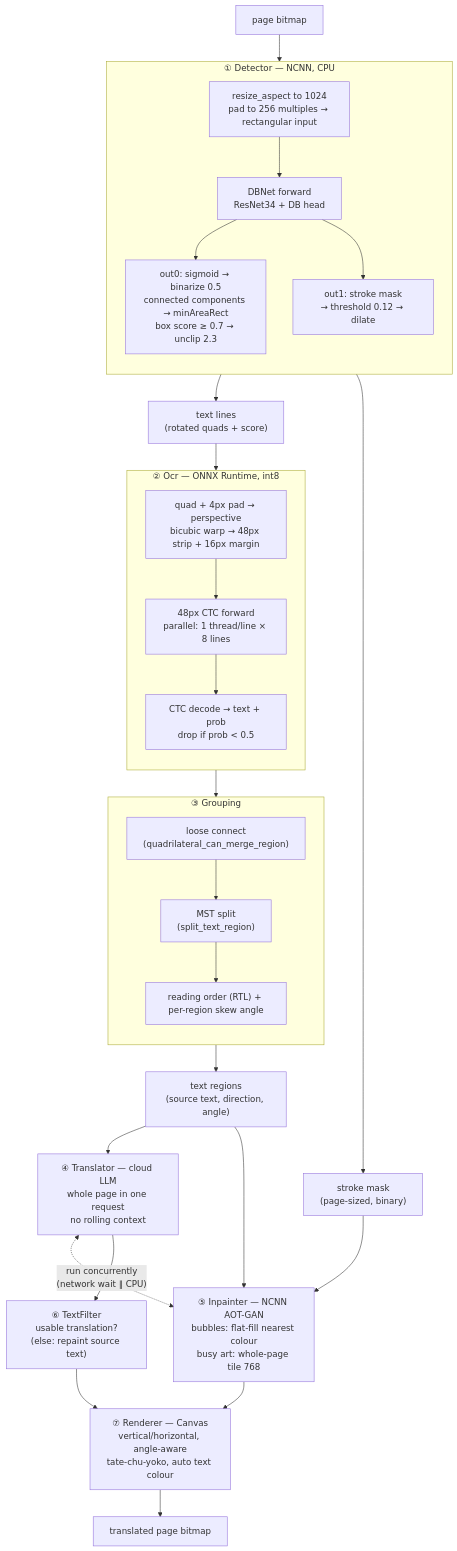
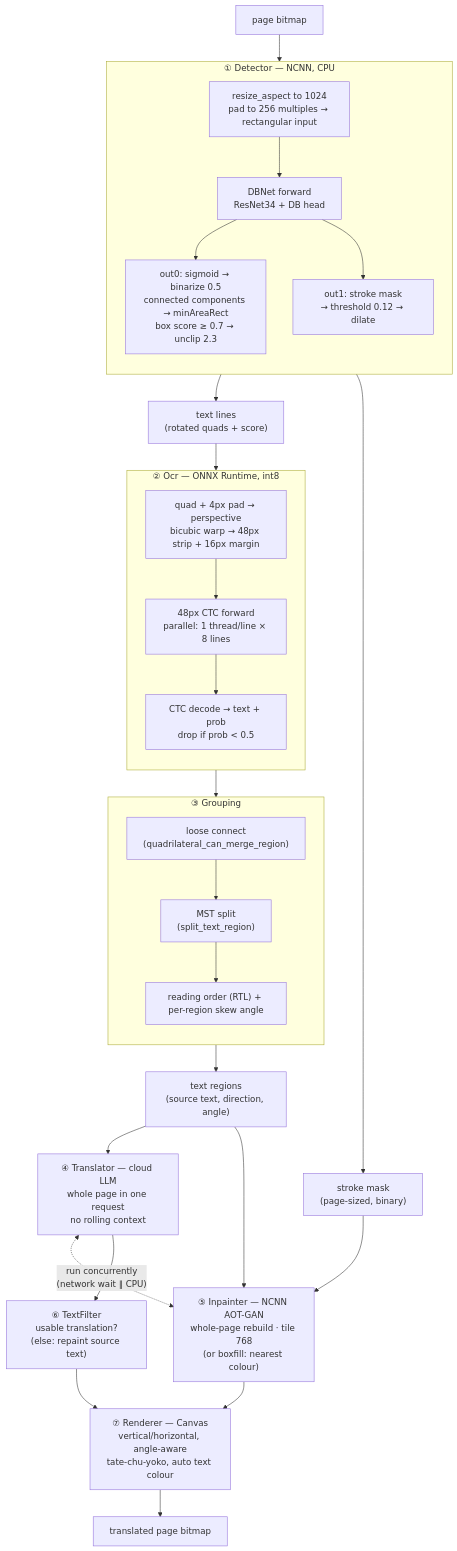
One commit to PineappleTwilight/houri-engine changed the diagram in engine/README.md. Above: the diagram before and after it, drawn with Mermaid. The commit also changed other lines of this file and 8 other files, not shown here.

````diff
--- a/engine/README.md
+++ b/engine/README.md
@@ -134,49 +134,49 @@
 ```mermaid
 flowchart TD
     P["page bitmap"] --> DET
 
     subgraph DET["① Detector — NCNN, CPU"]
         direction TB
         D1["resize_aspect to 1024<br/>pad to 256 multiples → rectangular input"]
         D2["DBNet forward<br/>ResNet34 + DB head"]
         D3["out0: sigmoid → binarize 0.5<br/>connected components → minAreaRect<br/>box score ≥ 0.7 → unclip 2.3"]
         D4["out1: stroke mask<br/>→ threshold 0.12 → dilate"]
         D1 --> D2
         D2 --> D3
         D2 --> D4
     end
 
     DET --> LINES["text lines<br/>(rotated quads + score)"]
     DET --> MASK["stroke mask<br/>(page-sized, binary)"]
 
     LINES --> OCR
     subgraph OCR["② Ocr — ONNX Runtime, int8"]
         direction TB
         O1["quad + 4px pad → perspective<br/>bicubic warp → 48px strip + 16px margin"]
         O2["48px CTC forward<br/>parallel: 1 thread/line × 8 lines"]
         O3["CTC decode → text + prob<br/>drop if prob &lt; 0.5"]
         O1 --> O2 --> O3
     end
 
     OCR --> GRP
     subgraph GRP["③ Grouping"]
         direction TB
         G1["loose connect<br/>(quadrilateral_can_merge_region)"]
         G2["MST split<br/>(split_text_region)"]
         G3["reading order (RTL) + per-region skew angle"]
         G1 --> G2 --> G3
     end
 
     GRP --> REG["text regions<br/>(source text, direction, angle)"]
 
     REG --> TR["④ Translator — cloud LLM<br/>whole page in one request<br/>no rolling context"]
-    REG --> INP["⑤ Inpainter — NCNN AOT-GAN<br/>bubbles: flat-fill nearest colour<br/>busy art: whole-page tile 768"]
+    REG --> INP["⑤ Inpainter — NCNN AOT-GAN<br/>whole-page rebuild · tile 768<br/>(or boxfill: nearest colour)"]
     MASK --> INP
 
     TR <-.->|"run concurrently<br/>(network wait ∥ CPU)"| INP
 
     TR --> TF["⑥ TextFilter<br/>usable translation?<br/>(else: repaint source text)"]
     TF --> RND
     INP --> RND["⑦ Renderer — Canvas<br/>vertical/horizontal, angle-aware<br/>tate-chu-yoko, auto text colour"]
     RND --> OUT["translated page bitmap"]
 ```
````
